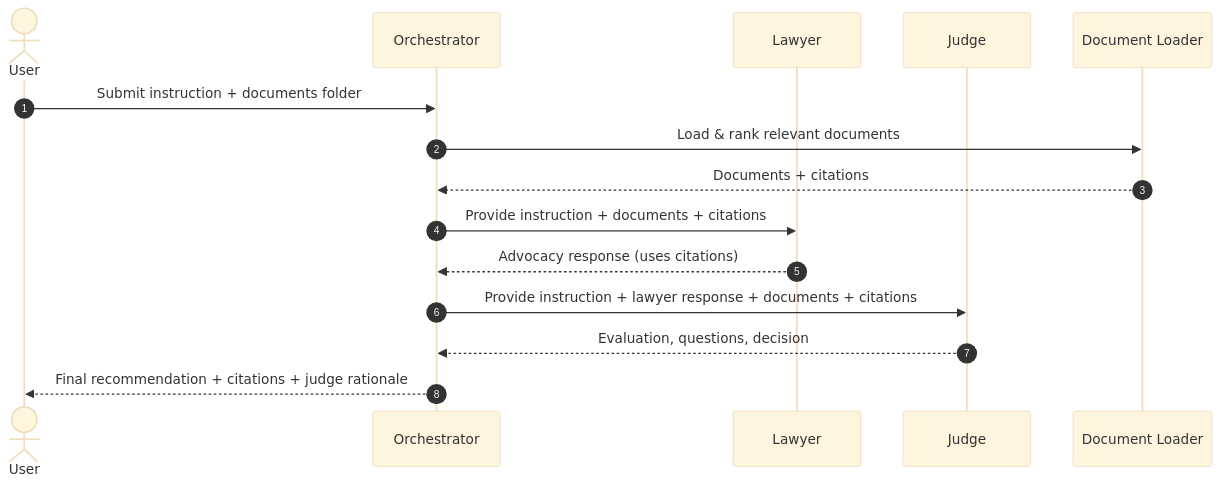
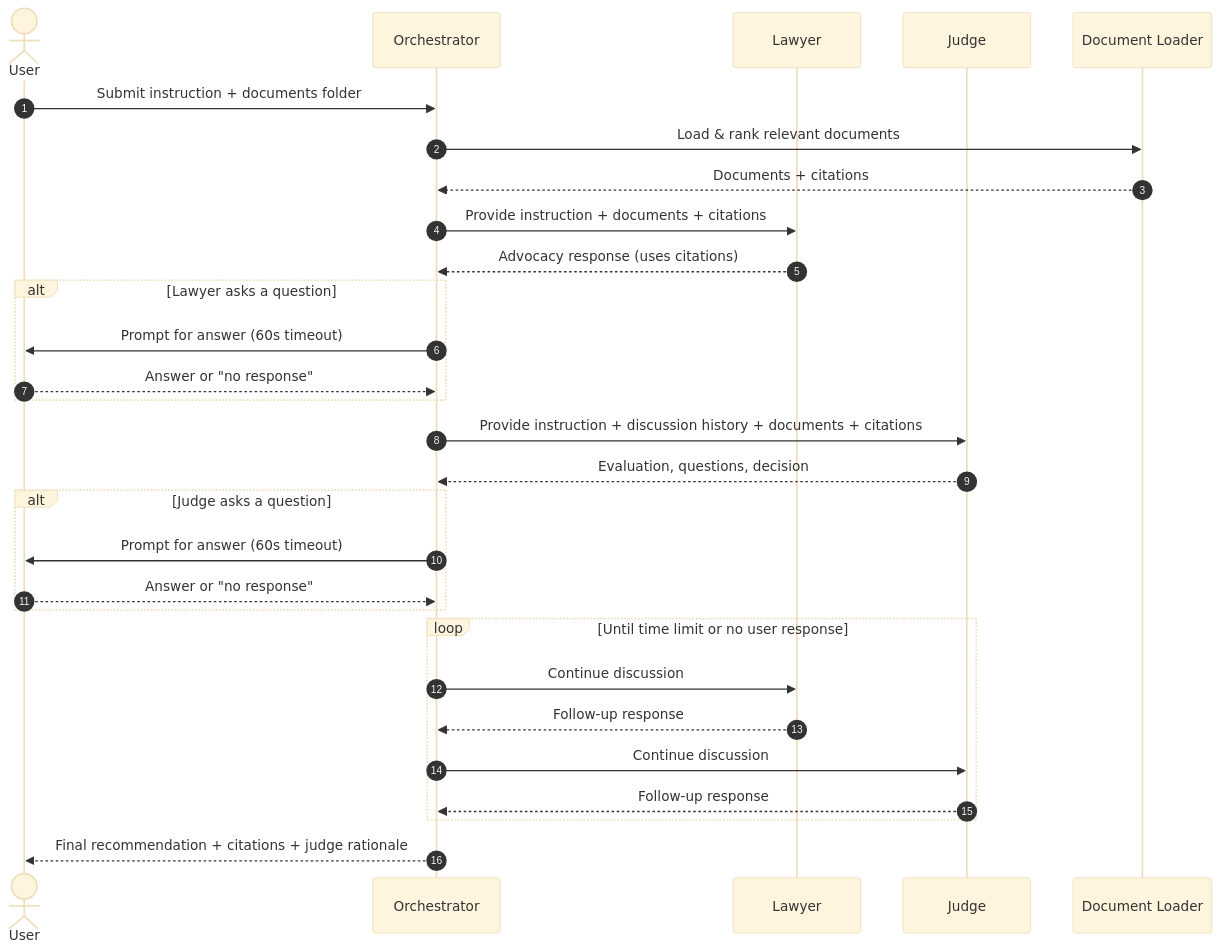
One commit to mmaideveloper/aijurisdictionagents changed the diagram in docs/SEQUENCE.md. Above: the diagram before and after it, drawn with Mermaid (base theme). The commit also changed 5 other files, not shown here.

Commit message:
Add interactive discussion loop with time limit

````diff
--- a/docs/SEQUENCE.md
+++ b/docs/SEQUENCE.md
@@ -3,18 +3,32 @@
 ```mermaid
 sequenceDiagram
     autonumber
     actor User
     participant Orchestrator
     participant Lawyer
     participant Judge
     participant Docs as Document Loader
 
     User->>Orchestrator: Submit instruction + documents folder
     Orchestrator->>Docs: Load & rank relevant documents
     Docs-->>Orchestrator: Documents + citations
     Orchestrator->>Lawyer: Provide instruction + documents + citations
     Lawyer-->>Orchestrator: Advocacy response (uses citations)
-    Orchestrator->>Judge: Provide instruction + lawyer response + documents + citations
+    alt Lawyer asks a question
+        Orchestrator->>User: Prompt for answer (60s timeout)
+        User-->>Orchestrator: Answer or "no response"
+    end
+    Orchestrator->>Judge: Provide instruction + discussion history + documents + citations
     Judge-->>Orchestrator: Evaluation, questions, decision
+    alt Judge asks a question
+        Orchestrator->>User: Prompt for answer (60s timeout)
+        User-->>Orchestrator: Answer or "no response"
+    end
+    loop Until time limit or no user response
+        Orchestrator->>Lawyer: Continue discussion
+        Lawyer-->>Orchestrator: Follow-up response
+        Orchestrator->>Judge: Continue discussion
+        Judge-->>Orchestrator: Follow-up response
+    end
     Orchestrator-->>User: Final recommendation + citations + judge rationale
 ```
````
